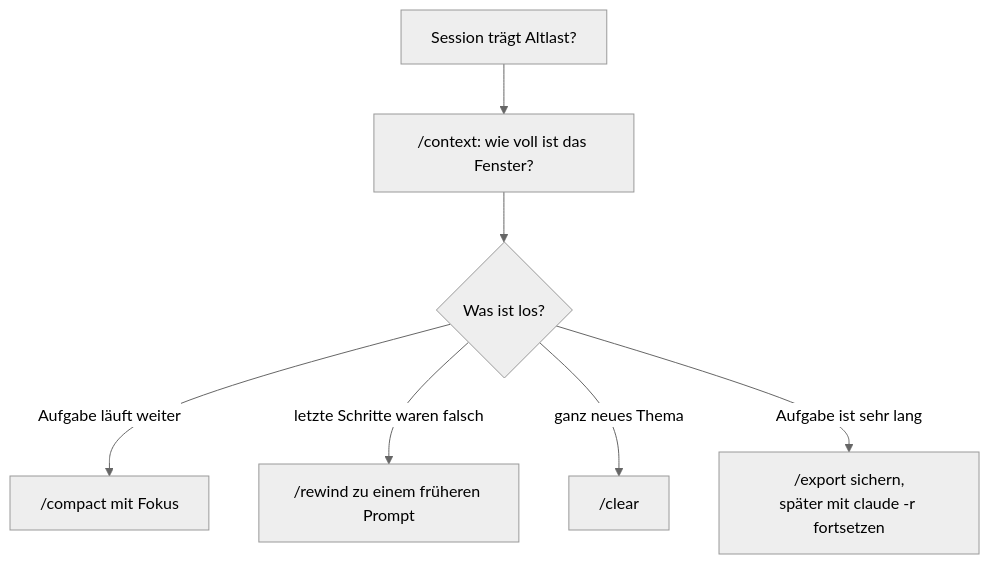
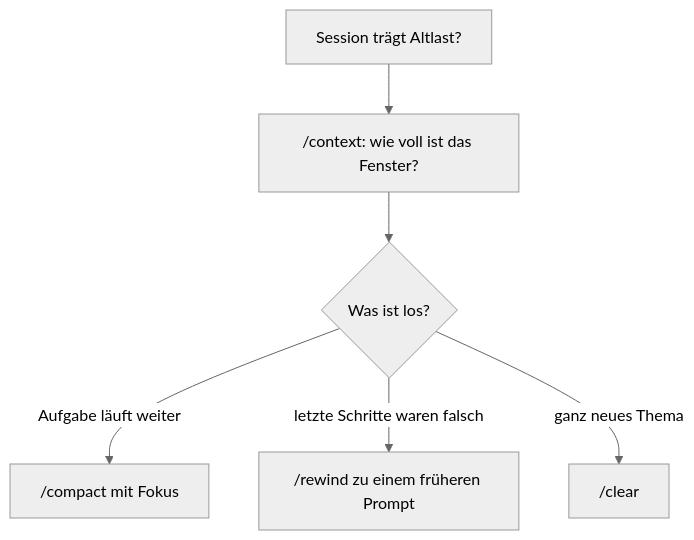
Before and after one commit to dynamic-dome/dynamic-workshop: the diagram in resources/library/s1-09-kontext-steuern.md, drawn with Mermaid (neutral theme). The commit also changed other lines of this file and 56 other files, not shown here.

````diff
--- a/resources/library/s1-09-kontext-steuern.md
+++ b/resources/library/s1-09-kontext-steuern.md
@@ -42,9 +44,8 @@
 ```mermaid
 flowchart TD
   A["Session trägt Altlast?"] --> B["/context: wie voll ist das Fenster?"]
   B --> C{"Was ist los?"}
   C -- "Aufgabe läuft weiter" --> D["/compact mit Fokus"]
   C -- "letzte Schritte waren falsch" --> E["/rewind zu einem früheren Prompt"]
   C -- "ganz neues Thema" --> F["/clear"]
-  C -- "Aufgabe ist sehr lang" --> G["/export sichern,<br/>später mit claude -r fortsetzen"]
 ```
````
